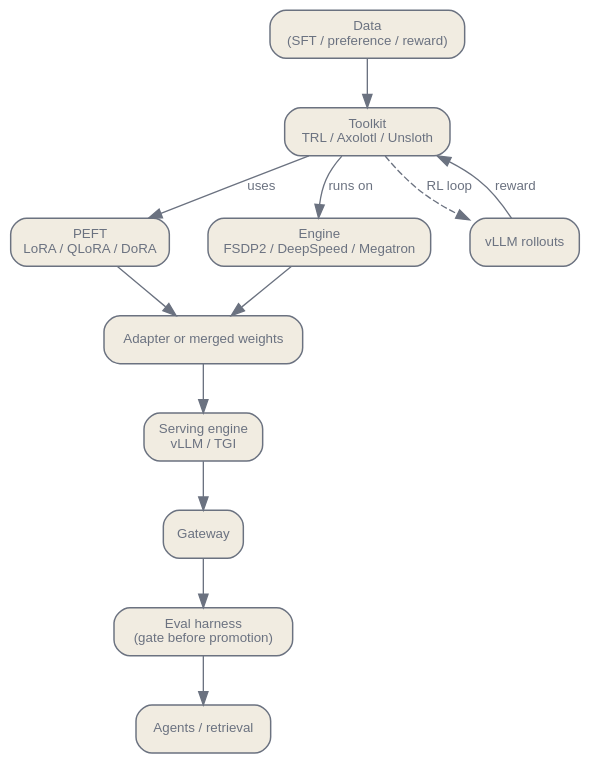
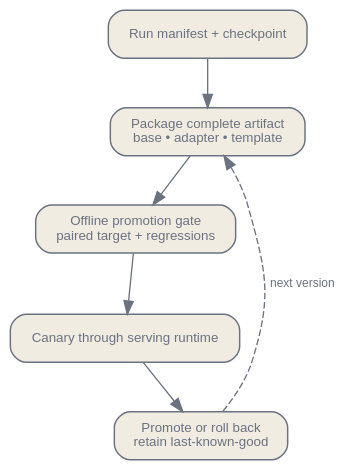
The third of 3 diagrams in en/practice/04-training-finetuning-practice.qmd (latere-ai/ai-as-an-infrastructure), drawn with Graphviz before and after one commit. The commit also changed other lines of this file and 4 other files, not shown here.

````diff
--- a/en/practice/04-training-finetuning-practice.qmd
+++ b/en/practice/04-training-finetuning-practice.qmd
@@ -297,34 +529,19 @@
 ```{dot}
 //| label: fig-training-wiring
-//| fig-cap: "End-to-end wiring. A toolkit drives PEFT and a distributed engine to produce weights, which then flow through serving, gateway, eval, and the agent and retrieval layers. In the RL case the serving engine (vLLM) sits inside the training loop."
-digraph {
+//| fig-cap: "Promotion and deployment are reversible. The candidate is evaluated through the serving runtime, introduced to a canary cohort, and either promoted or returned to the last-known-good artifact."
+digraph release {
+  rankdir=TB;
   bgcolor="transparent";
-  rankdir=TB;
-  nodesep=0.4; ranksep=0.5;
   node [shape=box, style="rounded,filled", fontname="Helvetica", fontsize=10, color="#6b7280", fontcolor="#6b7280", fillcolor="#f1ece1", penwidth=1.1];
-  edge [fontsize=10, fontname="Helvetica", color="#6b7280", fontcolor="#6b7280"];
+  edge [fontname="Helvetica", fontsize=9, color="#6b7280", fontcolor="#6b7280"];
 
-  data [label="Data\n(SFT / preference / reward)"];
-  toolkit [label="Toolkit\nTRL / Axolotl / Unsloth"];
-  peft [label="PEFT\nLoRA / QLoRA / DoRA"];
-  engine [label="Engine\nFSDP2 / DeepSpeed / Megatron"];
-  weights [label="Adapter or merged weights"];
-  vllm [label="vLLM rollouts"];
-  serving [label="Serving engine\nvLLM / TGI"];
-  gateway [label="Gateway"];
-  eval [label="Eval harness\n(gate before promotion)"];
-  agents [label="Agents / retrieval"];
+  manifest [label="Run manifest + checkpoint"];
+  package [label="Package complete artifact\nbase • adapter • template"];
+  offline [label="Offline promotion gate\npaired target + regressions"];
+  canary [label="Canary through serving runtime"];
+  promote [label="Promote or roll back\nretain last-known-good"];
 
-  data -> toolkit;
-  toolkit -> peft [label="uses"];
-  toolkit -> engine [label="runs on"];
-  peft -> weights;
-  engine -> weights;
-  toolkit -> vllm [style=dashed, label="RL loop"];
-  vllm -> toolkit [label="reward"];
-  weights -> serving;
-  serving -> gateway;
-  gateway -> eval;
-  eval -> agents;
+  manifest -> package -> offline -> canary -> promote;
+  promote -> package [label="next version", style=dashed];
 }
 ```
````
